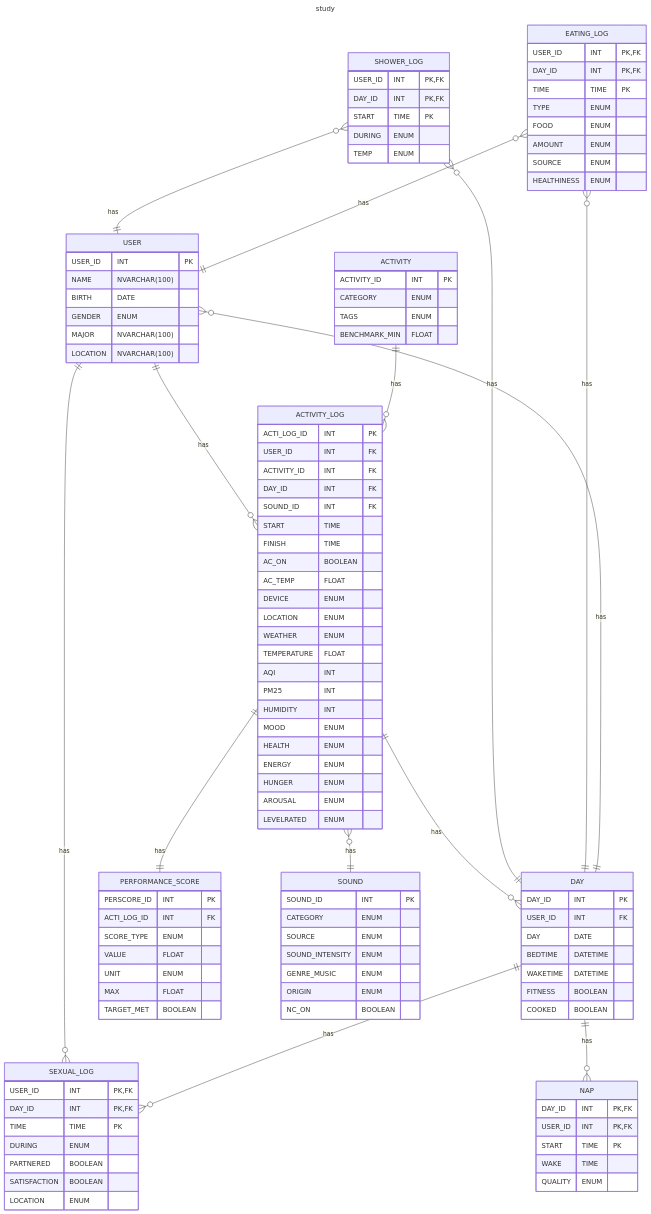
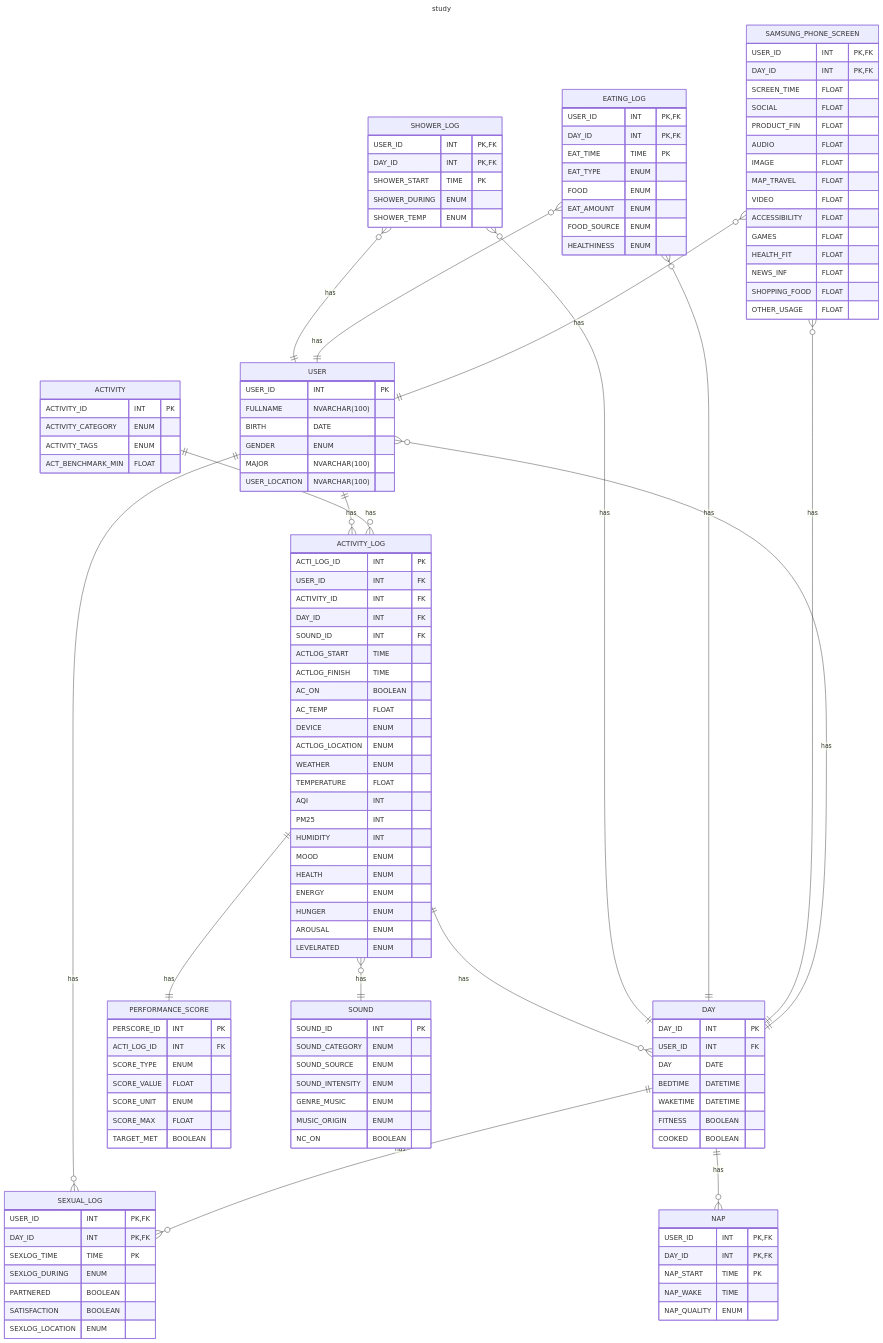
The diagram in brain.study/README.md (Bancie/LearningDB), drawn with Mermaid before and after one commit. The commit also changed other lines of this file and 1 other file, not shown here.

````diff
--- a/brain.study/README.md
+++ b/brain.study/README.md
@@ -7,18 +7,18 @@
     
     USER {
         USER_ID INT PK
-        NAME NVARCHAR(100)
+        FULLNAME NVARCHAR(100)
         BIRTH DATE
         GENDER ENUM
         MAJOR NVARCHAR(100)
-        LOCATION NVARCHAR(100)
+        USER_LOCATION NVARCHAR(100)
     }
 
     ACTIVITY {
         ACTIVITY_ID INT PK
-        CATEGORY ENUM
-        TAGS ENUM
-        BENCHMARK_MIN FLOAT
+        ACTIVITY_CATEGORY ENUM
+        ACTIVITY_TAGS ENUM
+        ACT_BENCHMARK_MIN FLOAT
     }
 
     DAY {
@@ -31,12 +31,30 @@
         COOKED BOOLEAN
     }
 
+    SAMSUNG_PHONE_SCREEN {
+        USER_ID INT PK, FK
+        DAY_ID INT PK, FK
+        SCREEN_TIME FLOAT
+        SOCIAL FLOAT
+        PRODUCT_FIN FLOAT
+        AUDIO FLOAT
+        IMAGE FLOAT
+        MAP_TRAVEL FLOAT
+        VIDEO FLOAT
+        ACCESSIBILITY FLOAT
+        GAMES FLOAT
+        HEALTH_FIT FLOAT
+        NEWS_INF FLOAT
+        SHOPPING_FOOD FLOAT
+        OTHER_USAGE FLOAT
+    }
+
     NAP {
+        USER_ID INT PK, FK
         DAY_ID INT PK, FK
-        USER_ID INT PK, FK
-        START TIME PK
-        WAKE TIME
-        QUALITY ENUM
+        NAP_START TIME PK
+        NAP_WAKE TIME
+        NAP_QUALITY ENUM
     }
 
     ACTIVITY_LOG {
@@ -45,12 +63,12 @@
         ACTIVITY_ID INT FK
         DAY_ID INT FK
         SOUND_ID INT FK
-        START TIME
-        FINISH TIME
+        ACTLOG_START TIME
+        ACTLOG_FINISH TIME
         AC_ON BOOLEAN
         AC_TEMP FLOAT
         DEVICE ENUM
-        LOCATION ENUM
+        ACTLOG_LOCATION ENUM
         WEATHER ENUM
         TEMPERATURE FLOAT
         AQI INT
@@ -68,48 +86,48 @@
         PERSCORE_ID INT PK
         ACTI_LOG_ID INT FK
         SCORE_TYPE ENUM
-        VALUE FLOAT
-        UNIT ENUM
-        MAX FLOAT
+        SCORE_VALUE FLOAT
+        SCORE_UNIT ENUM
+        SCORE_MAX FLOAT
         TARGET_MET BOOLEAN
     }
 
     SEXUAL_LOG {
         USER_ID INT PK, FK
         DAY_ID INT PK, FK
-        TIME TIME PK
-        DURING ENUM
+        SEXLOG_TIME TIME PK
+        SEXLOG_DURING ENUM
         PARTNERED BOOLEAN
         SATISFACTION BOOLEAN
-        LOCATION ENUM
+        SEXLOG_LOCATION ENUM
     }
 
     SHOWER_LOG {
         USER_ID INT PK, FK
         DAY_ID INT PK, FK
-        START TIME PK
-        DURING ENUM
-        TEMP ENUM
+        SHOWER_START TIME PK
+        SHOWER_DURING ENUM
+        SHOWER_TEMP ENUM
     }
 
     EATING_LOG {
         USER_ID INT PK, FK
         DAY_ID INT PK, FK
-        TIME TIME PK
-        TYPE ENUM
+        EAT_TIME TIME PK
+        EAT_TYPE ENUM
         FOOD ENUM
-        AMOUNT ENUM
-        SOURCE ENUM
+        EAT_AMOUNT ENUM
+        FOOD_SOURCE ENUM
         HEALTHINESS ENUM
     }
 
     SOUND {
         SOUND_ID INT PK
-        CATEGORY ENUM
-        SOURCE ENUM
+        SOUND_CATEGORY ENUM
+        SOUND_SOURCE ENUM
         SOUND_INTENSITY ENUM
         GENRE_MUSIC ENUM
-        ORIGIN ENUM
+        MUSIC_ORIGIN ENUM
         NC_ON BOOLEAN
     }
 
@@ -126,4 +144,6 @@
     EATING_LOG o{--|| DAY : has
     ACTIVITY_LOG o{--|| SOUND : has
     DAY ||--o{ NAP : has
+    SAMSUNG_PHONE_SCREEN o{--|| USER : has
+    SAMSUNG_PHONE_SCREEN o{--|| DAY : has
 ```
````
